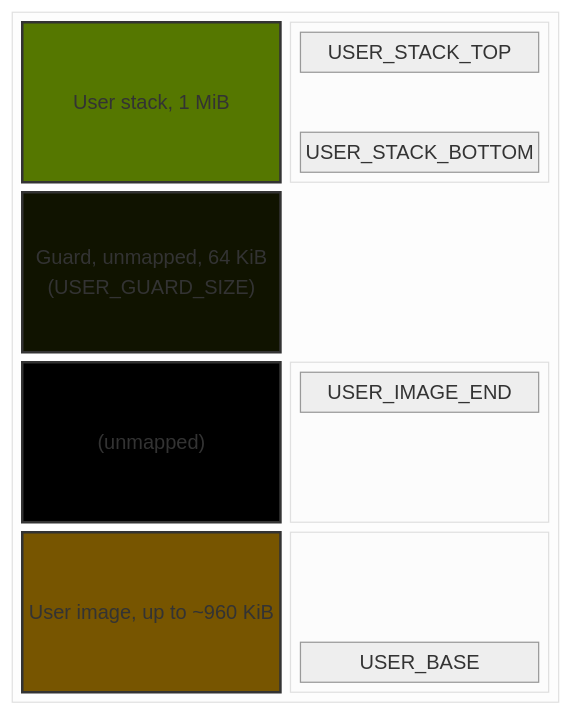
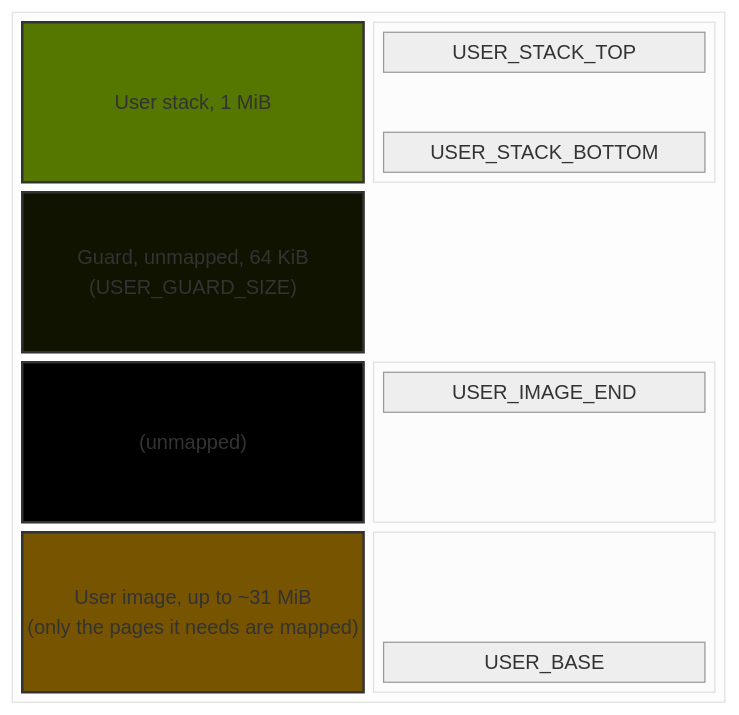
The diagram in rust/docs/mmu.md (yinchi/qemu_lab), drawn with Mermaid (neutral theme) before and after one commit. The commit also changed other lines of this file and 145 other files, not shown here.

````diff
--- a/rust/docs/mmu.md
+++ b/rust/docs/mmu.md
@@ -170,31 +171,31 @@
 ```mermaid
 block
   block
     columns 2
     stack["User stack, 1 MiB"]
     block
       columns 1
       USER_STACK_TOP
       space
       USER_STACK_BOTTOM
     end
     guard["Guard, unmapped, 64 KiB\n(USER_GUARD_SIZE)"]
     space
     unmapped["(unmapped)"]
     block:group2:1
       columns 1
       USER_IMAGE_END
       space:2
     end
-    image["User image, up to ~960 KiB"]
+    image["User image, up to ~31 MiB\n(only the pages it needs are mapped)"]
     block
       columns 1
       space:2
       USER_BASE
     end
   end
   style stack fill:#570,stroke:#333,stroke-width:2px
   style guard fill:#101300,stroke:#333,stroke-width:2px
   style unmapped fill:#000,stroke:#333,stroke-width:2px
   style image fill:#750,stroke:#333,stroke-width:2px
 ```
````
